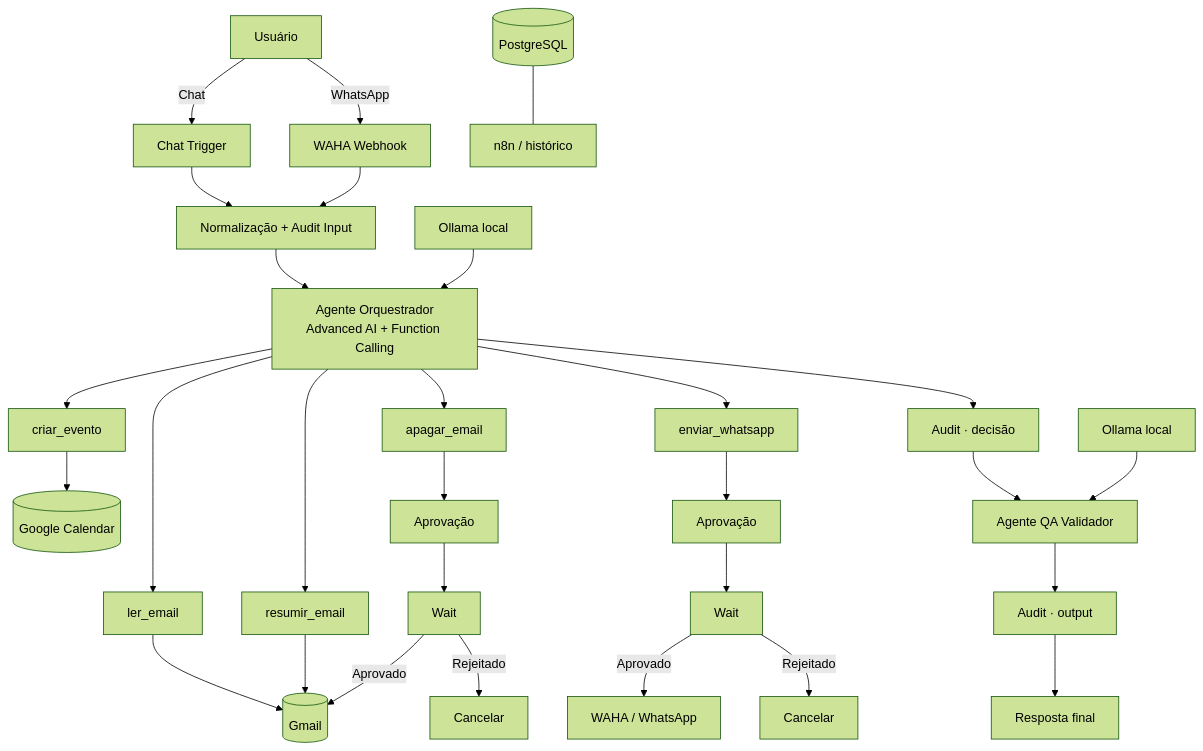
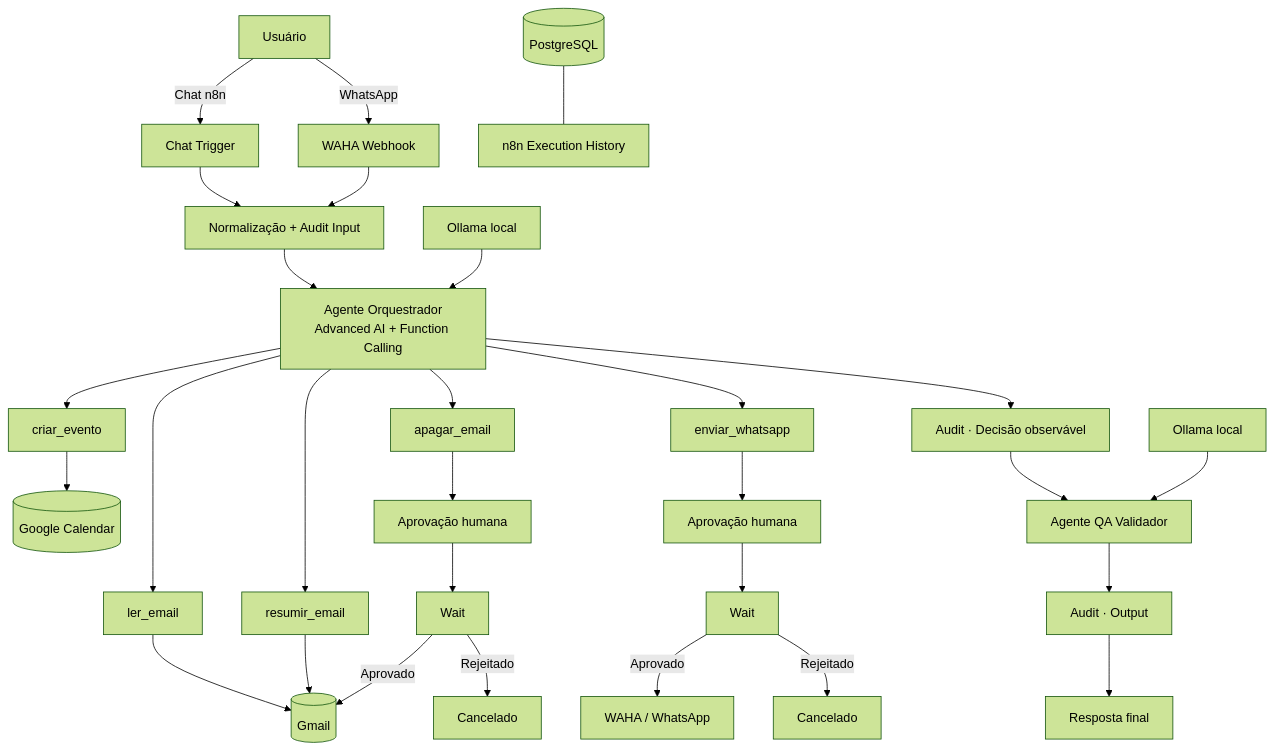
Before and after one commit to berger33/leadflow-local-first: the diagram in README.md, drawn with Mermaid (forest theme). The commit also changed other lines of this file, not shown here.

````diff
--- a/README.md
+++ b/README.md
@@ -157,38 +203,38 @@
 ```mermaid
 flowchart TD
-    U[Usuário] -->|Chat| CT[Chat Trigger]
+    U[Usuário] -->|Chat n8n| CT[Chat Trigger]
     U -->|WhatsApp| WA[WAHA Webhook]
-    CT --> IN[Normalização + Audit Input]
-    WA --> IN
+    CT --> N[Normalização + Audit Input]
+    WA --> N
 
-    IN --> A1[Agente Orquestrador\nAdvanced AI + Function Calling]
+    N --> A1[Agente Orquestrador\nAdvanced AI + Function Calling]
     O1[Ollama local] --> A1
 
     A1 --> T1[ler_email]
     A1 --> T2[resumir_email]
     A1 --> T3[apagar_email]
     A1 --> T4[enviar_whatsapp]
     A1 --> T5[criar_evento]
 
     T1 --> Gmail[(Gmail)]
     T2 --> Gmail
     T5 --> Cal[(Google Calendar)]
 
-    T3 --> AP1[Aprovação]
+    T3 --> AP1[Aprovação humana]
     AP1 --> W1[Wait]
     W1 -->|Aprovado| Gmail
-    W1 -->|Rejeitado| RJ1[Cancelar]
+    W1 -->|Rejeitado| RJ1[Cancelado]
 
-    T4 --> AP2[Aprovação]
+    T4 --> AP2[Aprovação humana]
     AP2 --> W2[Wait]
     W2 -->|Aprovado| WAPI[WAHA / WhatsApp]
-    W2 -->|Rejeitado| RJ2[Cancelar]
+    W2 -->|Rejeitado| RJ2[Cancelado]
 
-    A1 --> AUD[Audit · decisão]
+    A1 --> AUD[Audit · Decisão observável]
     AUD --> A2[Agente QA Validador]
     O2[Ollama local] --> A2
-    A2 --> OUT[Audit · output]
+    A2 --> OUT[Audit · Output]
     OUT --> RESP[Resposta final]
 
-    PG[(PostgreSQL)] --- N8N[n8n / histórico]
+    PG[(PostgreSQL)] --- N8N[n8n Execution History]
 ```
````
